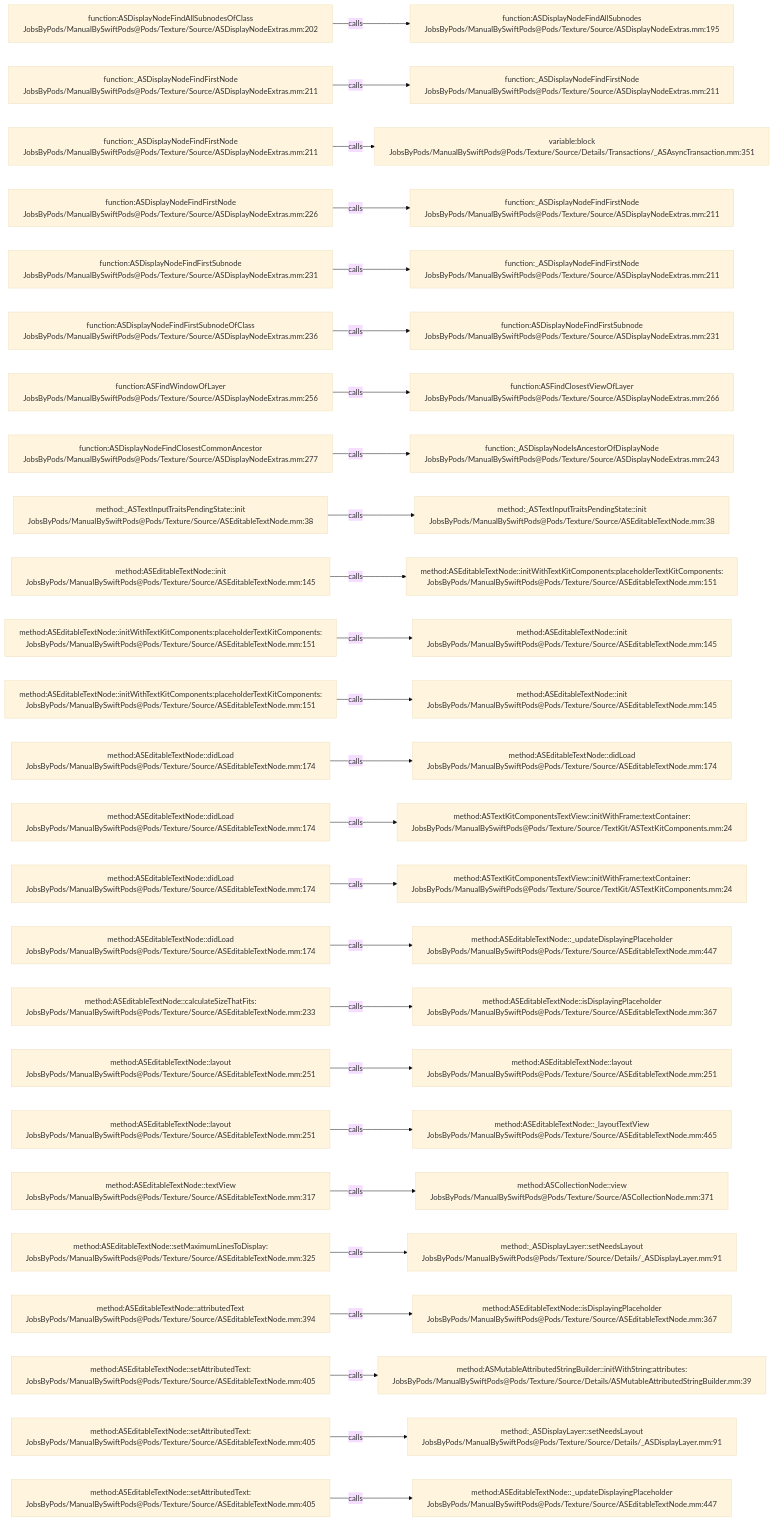
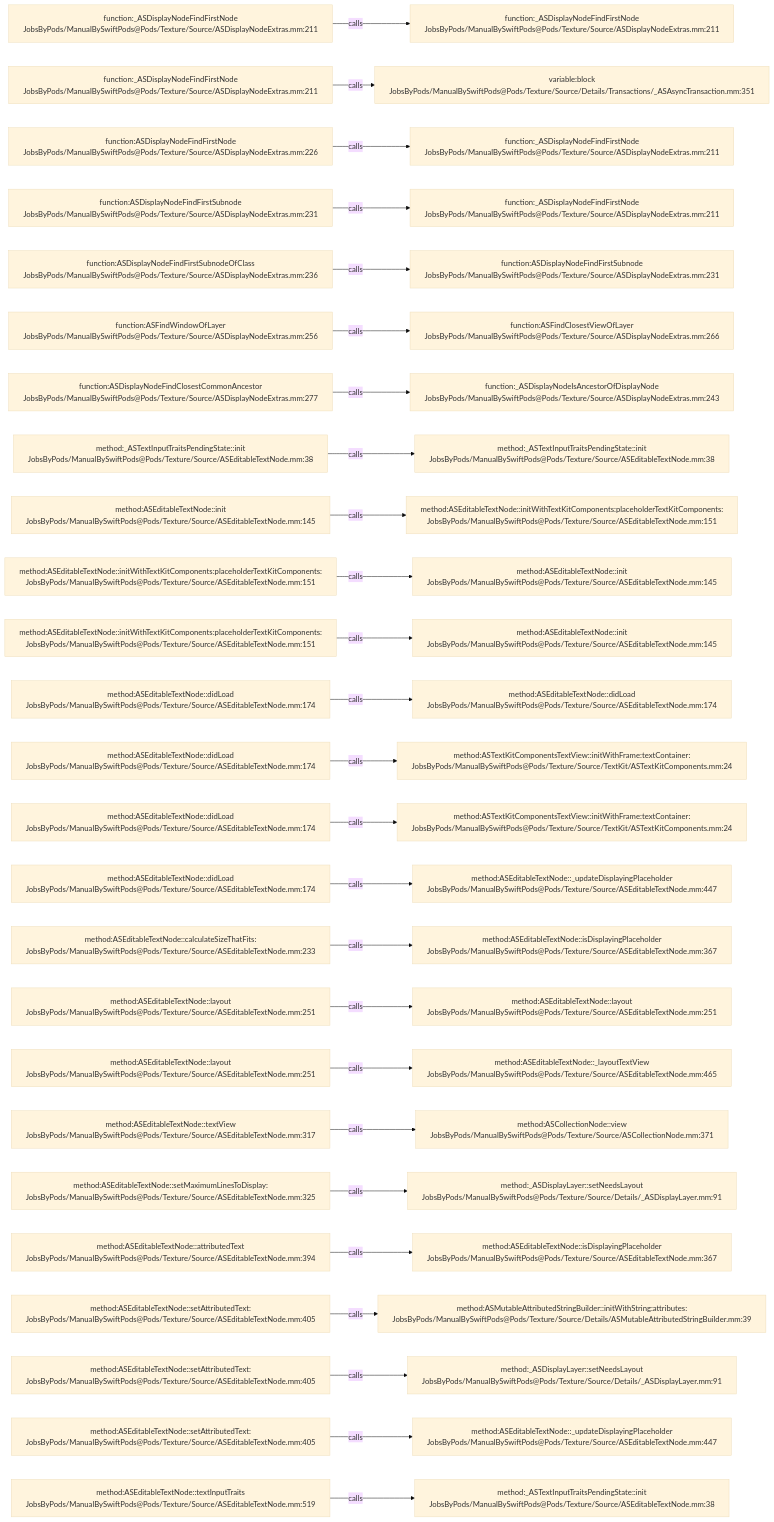
The diagram in .codegraph/codegraph.md/graphs/calls-039.md (JobsKits/JobsSwiftBaseConfigDemo), drawn with Mermaid (base theme) before and after one commit. The commit also changed 747 other files, not shown here.

````diff
--- a/.codegraph/codegraph.md/graphs/calls-039.md
+++ b/.codegraph/codegraph.md/graphs/calls-039.md
@@ -13,78 +13,78 @@
 ```mermaid
 flowchart LR
-  S1["function:ASDisplayNodeFindAllSubnodesOfClass<br/>JobsByPods/ManualBySwiftPods@Pods/Texture/Source/ASDisplayNodeExtras.mm:202"]
-  T1["function:ASDisplayNodeFindAllSubnodes<br/>JobsByPods/ManualBySwiftPods@Pods/Texture/Source/ASDisplayNodeExtras.mm:195"]
+  S1["function:_ASDisplayNodeFindFirstNode<br/>JobsByPods/ManualBySwiftPods@Pods/Texture/Source/ASDisplayNodeExtras.mm:211"]
+  T1["function:_ASDisplayNodeFindFirstNode<br/>JobsByPods/ManualBySwiftPods@Pods/Texture/Source/ASDisplayNodeExtras.mm:211"]
   S1 -->|calls| T1
   S2["function:_ASDisplayNodeFindFirstNode<br/>JobsByPods/ManualBySwiftPods@Pods/Texture/Source/ASDisplayNodeExtras.mm:211"]
-  T2["function:_ASDisplayNodeFindFirstNode<br/>JobsByPods/ManualBySwiftPods@Pods/Texture/Source/ASDisplayNodeExtras.mm:211"]
+  T2["variable:block<br/>JobsByPods/ManualBySwiftPods@Pods/Texture/Source/Details/Transactions/_ASAsyncTransaction.mm:351"]
   S2 -->|calls| T2
-  S3["function:_ASDisplayNodeFindFirstNode<br/>JobsByPods/ManualBySwiftPods@Pods/Texture/Source/ASDisplayNodeExtras.mm:211"]
-  T3["variable:block<br/>JobsByPods/ManualBySwiftPods@Pods/Texture/Source/Details/Transactions/_ASAsyncTransaction.mm:351"]
+  S3["function:ASDisplayNodeFindFirstNode<br/>JobsByPods/ManualBySwiftPods@Pods/Texture/Source/ASDisplayNodeExtras.mm:226"]
+  T3["function:_ASDisplayNodeFindFirstNode<br/>JobsByPods/ManualBySwiftPods@Pods/Texture/Source/ASDisplayNodeExtras.mm:211"]
   S3 -->|calls| T3
-  S4["function:ASDisplayNodeFindFirstNode<br/>JobsByPods/ManualBySwiftPods@Pods/Texture/Source/ASDisplayNodeExtras.mm:226"]
+  S4["function:ASDisplayNodeFindFirstSubnode<br/>JobsByPods/ManualBySwiftPods@Pods/Texture/Source/ASDisplayNodeExtras.mm:231"]
   T4["function:_ASDisplayNodeFindFirstNode<br/>JobsByPods/ManualBySwiftPods@Pods/Texture/Source/ASDisplayNodeExtras.mm:211"]
   S4 -->|calls| T4
-  S5["function:ASDisplayNodeFindFirstSubnode<br/>JobsByPods/ManualBySwiftPods@Pods/Texture/Source/ASDisplayNodeExtras.mm:231"]
-  T5["function:_ASDisplayNodeFindFirstNode<br/>JobsByPods/ManualBySwiftPods@Pods/Texture/Source/ASDisplayNodeExtras.mm:211"]
+  S5["function:ASDisplayNodeFindFirstSubnodeOfClass<br/>JobsByPods/ManualBySwiftPods@Pods/Texture/Source/ASDisplayNodeExtras.mm:236"]
+  T5["function:ASDisplayNodeFindFirstSubnode<br/>JobsByPods/ManualBySwiftPods@Pods/Texture/Source/ASDisplayNodeExtras.mm:231"]
   S5 -->|calls| T5
-  S6["function:ASDisplayNodeFindFirstSubnodeOfClass<br/>JobsByPods/ManualBySwiftPods@Pods/Texture/Source/ASDisplayNodeExtras.mm:236"]
-  T6["function:ASDisplayNodeFindFirstSubnode<br/>JobsByPods/ManualBySwiftPods@Pods/Texture/Source/ASDisplayNodeExtras.mm:231"]
+  S6["function:ASFindWindowOfLayer<br/>JobsByPods/ManualBySwiftPods@Pods/Texture/Source/ASDisplayNodeExtras.mm:256"]
+  T6["function:ASFindClosestViewOfLayer<br/>JobsByPods/ManualBySwiftPods@Pods/Texture/Source/ASDisplayNodeExtras.mm:266"]
   S6 -->|calls| T6
-  S7["function:ASFindWindowOfLayer<br/>JobsByPods/ManualBySwiftPods@Pods/Texture/Source/ASDisplayNodeExtras.mm:256"]
-  T7["function:ASFindClosestViewOfLayer<br/>JobsByPods/ManualBySwiftPods@Pods/Texture/Source/ASDisplayNodeExtras.mm:266"]
+  S7["function:ASDisplayNodeFindClosestCommonAncestor<br/>JobsByPods/ManualBySwiftPods@Pods/Texture/Source/ASDisplayNodeExtras.mm:277"]
+  T7["function:_ASDisplayNodeIsAncestorOfDisplayNode<br/>JobsByPods/ManualBySwiftPods@Pods/Texture/Source/ASDisplayNodeExtras.mm:243"]
   S7 -->|calls| T7
-  S8["function:ASDisplayNodeFindClosestCommonAncestor<br/>JobsByPods/ManualBySwiftPods@Pods/Texture/Source/ASDisplayNodeExtras.mm:277"]
-  T8["function:_ASDisplayNodeIsAncestorOfDisplayNode<br/>JobsByPods/ManualBySwiftPods@Pods/Texture/Source/ASDisplayNodeExtras.mm:243"]
+  S8["method:_ASTextInputTraitsPendingState::init<br/>JobsByPods/ManualBySwiftPods@Pods/Texture/Source/ASEditableTextNode.mm:38"]
+  T8["method:_ASTextInputTraitsPendingState::init<br/>JobsByPods/ManualBySwiftPods@Pods/Texture/Source/ASEditableTextNode.mm:38"]
   S8 -->|calls| T8
-  S9["method:_ASTextInputTraitsPendingState::init<br/>JobsByPods/ManualBySwiftPods@Pods/Texture/Source/ASEditableTextNode.mm:38"]
-  T9["method:_ASTextInputTraitsPendingState::init<br/>JobsByPods/ManualBySwiftPods@Pods/Texture/Source/ASEditableTextNode.mm:38"]
+  S9["method:ASEditableTextNode::init<br/>JobsByPods/ManualBySwiftPods@Pods/Texture/Source/ASEditableTextNode.mm:145"]
+  T9["method:ASEditableTextNode::initWithTextKitComponents:placeholderTextKitComponents:<br/>JobsByPods/ManualBySwiftPods@Pods/Texture/Source/ASEditableTextNode.mm:151"]
   S9 -->|calls| T9
-  S10["method:ASEditableTextNode::init<br/>JobsByPods/ManualBySwiftPods@Pods/Texture/Source/ASEditableTextNode.mm:145"]
-  T10["method:ASEditableTextNode::initWithTextKitComponents:placeholderTextKitComponents:<br/>JobsByPods/ManualBySwiftPods@Pods/Texture/Source/ASEditableTextNode.mm:151"]
+  S10["method:ASEditableTextNode::initWithTextKitComponents:placeholderTextKitComponents:<br/>JobsByPods/ManualBySwiftPods@Pods/Texture/Source/ASEditableTextNode.mm:151"]
+  T10["method:ASEditableTextNode::init<br/>JobsByPods/ManualBySwiftPods@Pods/Texture/Source/ASEditableTextNode.mm:145"]
   S10 -->|calls| T10
   S11["method:ASEditableTextNode::initWithTextKitComponents:placeholderTextKitComponents:<br/>JobsByPods/ManualBySwiftPods@Pods/Texture/Source/ASEditableTextNode.mm:151"]
   T11["method:ASEditableTextNode::init<br/>JobsByPods/ManualBySwiftPods@Pods/Texture/Source/ASEditableTextNode.mm:145"]
   S11 -->|calls| T11
-  S12["method:ASEditableTextNode::initWithTextKitComponents:placeholderTextKitComponents:<br/>JobsByPods/ManualBySwiftPods@Pods/Texture/Source/ASEditableTextNode.mm:151"]
-  T12["method:ASEditableTextNode::init<br/>JobsByPods/ManualBySwiftPods@Pods/Texture/Source/ASEditableTextNode.mm:145"]
+  S12["method:ASEditableTextNode::didLoad<br/>JobsByPods/ManualBySwiftPods@Pods/Texture/Source/ASEditableTextNode.mm:174"]
+  T12["method:ASEditableTextNode::didLoad<br/>JobsByPods/ManualBySwiftPods@Pods/Texture/Source/ASEditableTextNode.mm:174"]
   S12 -->|calls| T12
   S13["method:ASEditableTextNode::didLoad<br/>JobsByPods/ManualBySwiftPods@Pods/Texture/Source/ASEditableTextNode.mm:174"]
-  T13["method:ASEditableTextNode::didLoad<br/>JobsByPods/ManualBySwiftPods@Pods/Texture/Source/ASEditableTextNode.mm:174"]
+  T13["method:ASTextKitComponentsTextView::initWithFrame:textContainer:<br/>JobsByPods/ManualBySwiftPods@Pods/Texture/Source/TextKit/ASTextKitComponents.mm:24"]
   S13 -->|calls| T13
   S14["method:ASEditableTextNode::didLoad<br/>JobsByPods/ManualBySwiftPods@Pods/Texture/Source/ASEditableTextNode.mm:174"]
   T14["method:ASTextKitComponentsTextView::initWithFrame:textContainer:<br/>JobsByPods/ManualBySwiftPods@Pods/Texture/Source/TextKit/ASTextKitComponents.mm:24"]
   S14 -->|calls| T14
   S15["method:ASEditableTextNode::didLoad<br/>JobsByPods/ManualBySwiftPods@Pods/Texture/Source/ASEditableTextNode.mm:174"]
-  T15["method:ASTextKitComponentsTextView::initWithFrame:textContainer:<br/>JobsByPods/ManualBySwiftPods@Pods/Texture/Source/TextKit/ASTextKitComponents.mm:24"]
+  T15["method:ASEditableTextNode::_updateDisplayingPlaceholder<br/>JobsByPods/ManualBySwiftPods@Pods/Texture/Source/ASEditableTextNode.mm:447"]
   S15 -->|calls| T15
-  S16["method:ASEditableTextNode::didLoad<br/>JobsByPods/ManualBySwiftPods@Pods/Texture/Source/ASEditableTextNode.mm:174"]
-  T16["method:ASEditableTextNode::_updateDisplayingPlaceholder<br/>JobsByPods/ManualBySwiftPods@Pods/Texture/Source/ASEditableTextNode.mm:447"]
+  S16["method:ASEditableTextNode::calculateSizeThatFits:<br/>JobsByPods/ManualBySwiftPods@Pods/Texture/Source/ASEditableTextNode.mm:233"]
+  T16["method:ASEditableTextNode::isDisplayingPlaceholder<br/>JobsByPods/ManualBySwiftPods@Pods/Texture/Source/ASEditableTextNode.mm:367"]
   S16 -->|calls| T16
-  S17["method:ASEditableTextNode::calculateSizeThatFits:<br/>JobsByPods/ManualBySwiftPods@Pods/Texture/Source/ASEditableTextNode.mm:233"]
-  T17["method:ASEditableTextNode::isDisplayingPlaceholder<br/>JobsByPods/ManualBySwiftPods@Pods/Texture/Source/ASEditableTextNode.mm:367"]
+  S17["method:ASEditableTextNode::layout<br/>JobsByPods/ManualBySwiftPods@Pods/Texture/Source/ASEditableTextNode.mm:251"]
+  T17["method:ASEditableTextNode::layout<br/>JobsByPods/ManualBySwiftPods@Pods/Texture/Source/ASEditableTextNode.mm:251"]
   S17 -->|calls| T17
   S18["method:ASEditableTextNode::layout<br/>JobsByPods/ManualBySwiftPods@Pods/Texture/Source/ASEditableTextNode.mm:251"]
-  T18["method:ASEditableTextNode::layout<br/>JobsByPods/ManualBySwiftPods@Pods/Texture/Source/ASEditableTextNode.mm:251"]
+  T18["method:ASEditableTextNode::_layoutTextView<br/>JobsByPods/ManualBySwiftPods@Pods/Texture/Source/ASEditableTextNode.mm:465"]
   S18 -->|calls| T18
-  S19["method:ASEditableTextNode::layout<br/>JobsByPods/ManualBySwiftPods@Pods/Texture/Source/ASEditableTextNode.mm:251"]
-  T19["method:ASEditableTextNode::_layoutTextView<br/>JobsByPods/ManualBySwiftPods@Pods/Texture/Source/ASEditableTextNode.mm:465"]
+  S19["method:ASEditableTextNode::textView<br/>JobsByPods/ManualBySwiftPods@Pods/Texture/Source/ASEditableTextNode.mm:317"]
+  T19["method:ASCollectionNode::view<br/>JobsByPods/ManualBySwiftPods@Pods/Texture/Source/ASCollectionNode.mm:371"]
   S19 -->|calls| T19
-  S20["method:ASEditableTextNode::textView<br/>JobsByPods/ManualBySwiftPods@Pods/Texture/Source/ASEditableTextNode.mm:317"]
-  T20["method:ASCollectionNode::view<br/>JobsByPods/ManualBySwiftPods@Pods/Texture/Source/ASCollectionNode.mm:371"]
+  S20["method:ASEditableTextNode::setMaximumLinesToDisplay:<br/>JobsByPods/ManualBySwiftPods@Pods/Texture/Source/ASEditableTextNode.mm:325"]
+  T20["method:_ASDisplayLayer::setNeedsLayout<br/>JobsByPods/ManualBySwiftPods@Pods/Texture/Source/Details/_ASDisplayLayer.mm:91"]
   S20 -->|calls| T20
-  S21["method:ASEditableTextNode::setMaximumLinesToDisplay:<br/>JobsByPods/ManualBySwiftPods@Pods/Texture/Source/ASEditableTextNode.mm:325"]
-  T21["method:_ASDisplayLayer::setNeedsLayout<br/>JobsByPods/ManualBySwiftPods@Pods/Texture/Source/Details/_ASDisplayLayer.mm:91"]
+  S21["method:ASEditableTextNode::attributedText<br/>JobsByPods/ManualBySwiftPods@Pods/Texture/Source/ASEditableTextNode.mm:394"]
+  T21["method:ASEditableTextNode::isDisplayingPlaceholder<br/>JobsByPods/ManualBySwiftPods@Pods/Texture/Source/ASEditableTextNode.mm:367"]
   S21 -->|calls| T21
-  S22["method:ASEditableTextNode::attributedText<br/>JobsByPods/ManualBySwiftPods@Pods/Texture/Source/ASEditableTextNode.mm:394"]
-  T22["method:ASEditableTextNode::isDisplayingPlaceholder<br/>JobsByPods/ManualBySwiftPods@Pods/Texture/Source/ASEditableTextNode.mm:367"]
+  S22["method:ASEditableTextNode::setAttributedText:<br/>JobsByPods/ManualBySwiftPods@Pods/Texture/Source/ASEditableTextNode.mm:405"]
+  T22["method:ASMutableAttributedStringBuilder::initWithString:attributes:<br/>JobsByPods/ManualBySwiftPods@Pods/Texture/Source/Details/ASMutableAttributedStringBuilder.mm:39"]
   S22 -->|calls| T22
   S23["method:ASEditableTextNode::setAttributedText:<br/>JobsByPods/ManualBySwiftPods@Pods/Texture/Source/ASEditableTextNode.mm:405"]
-  T23["method:ASMutableAttributedStringBuilder::initWithString:attributes:<br/>JobsByPods/ManualBySwiftPods@Pods/Texture/Source/Details/ASMutableAttributedStringBuilder.mm:39"]
+  T23["method:_ASDisplayLayer::setNeedsLayout<br/>JobsByPods/ManualBySwiftPods@Pods/Texture/Source/Details/_ASDisplayLayer.mm:91"]
   S23 -->|calls| T23
   S24["method:ASEditableTextNode::setAttributedText:<br/>JobsByPods/ManualBySwiftPods@Pods/Texture/Source/ASEditableTextNode.mm:405"]
-  T24["method:_ASDisplayLayer::setNeedsLayout<br/>JobsByPods/ManualBySwiftPods@Pods/Texture/Source/Details/_ASDisplayLayer.mm:91"]
+  T24["method:ASEditableTextNode::_updateDisplayingPlaceholder<br/>JobsByPods/ManualBySwiftPods@Pods/Texture/Source/ASEditableTextNode.mm:447"]
   S24 -->|calls| T24
-  S25["method:ASEditableTextNode::setAttributedText:<br/>JobsByPods/ManualBySwiftPods@Pods/Texture/Source/ASEditableTextNode.mm:405"]
-  T25["method:ASEditableTextNode::_updateDisplayingPlaceholder<br/>JobsByPods/ManualBySwiftPods@Pods/Texture/Source/ASEditableTextNode.mm:447"]
+  S25["method:ASEditableTextNode::textInputTraits<br/>JobsByPods/ManualBySwiftPods@Pods/Texture/Source/ASEditableTextNode.mm:519"]
+  T25["method:_ASTextInputTraitsPendingState::init<br/>JobsByPods/ManualBySwiftPods@Pods/Texture/Source/ASEditableTextNode.mm:38"]
   S25 -->|calls| T25
 ```
````
